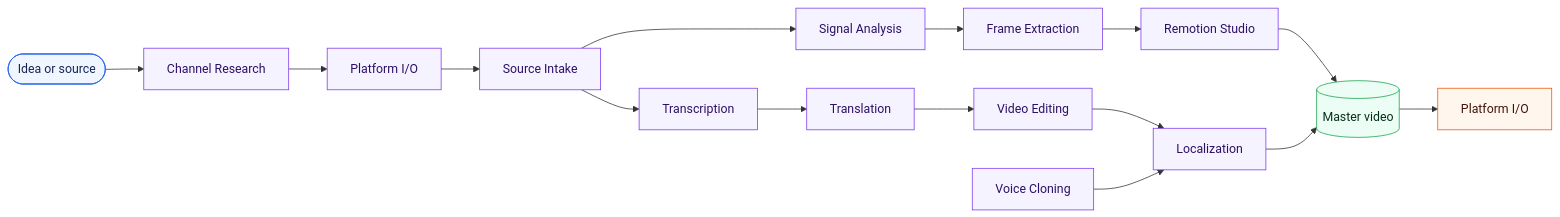
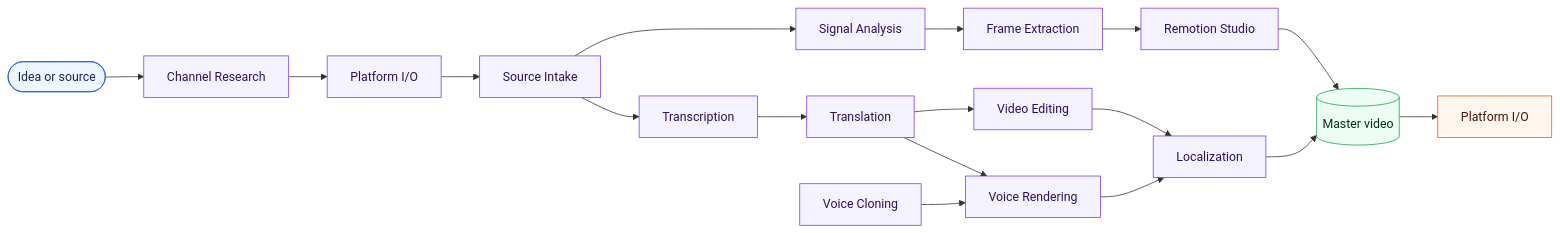
The first of 2 diagrams in README.md (wohuishuo/cc-video-pipeline), drawn with Mermaid before and after one commit. The commit also changed other lines of this file and 24 other files, not shown here.

Commit message:
feat(voice): add resumable Edge rendering MVP

````diff
--- a/README.md
+++ b/README.md
@@ -21,26 +21,28 @@
 ```mermaid
 flowchart LR
     idea([Idea or source]) --> research[Channel Research]
     research --> download[Platform I/O]
     download --> intake[Source Intake]
     intake --> transcribe[Transcription]
     transcribe --> translate[Translation]
+    translate --> renderVoice[Voice Rendering]
     intake --> signals[Signal Analysis]
     signals --> frames[Frame Extraction]
     translate --> edit[Video Editing]
     frames --> studio[Remotion Studio]
     edit --> localize[Localization]
-    voice[Voice Cloning] --> localize
+    voice[Voice Cloning] --> renderVoice
+    renderVoice --> localize
     studio --> master[(Master video)]
     localize --> master
     master --> publish[Platform I/O]
 
     classDef source fill:#eff6ff,stroke:#2563eb,color:#172554;
     classDef app fill:#f5f3ff,stroke:#7c3aed,color:#2e1065;
     classDef artifact fill:#ecfdf5,stroke:#16a34a,color:#052e16;
     classDef external fill:#fff7ed,stroke:#ea580c,color:#431407;
     class idea source;
-    class research,download,intake,transcribe,translate,signals,frames,edit,studio,localize,voice app;
+    class research,download,intake,transcribe,translate,renderVoice,signals,frames,edit,studio,localize,voice app;
     class master artifact;
     class publish external;
 ```
````
